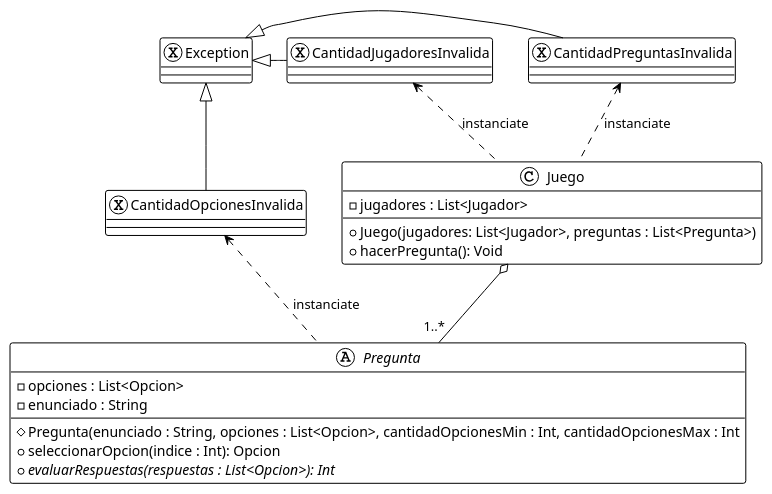
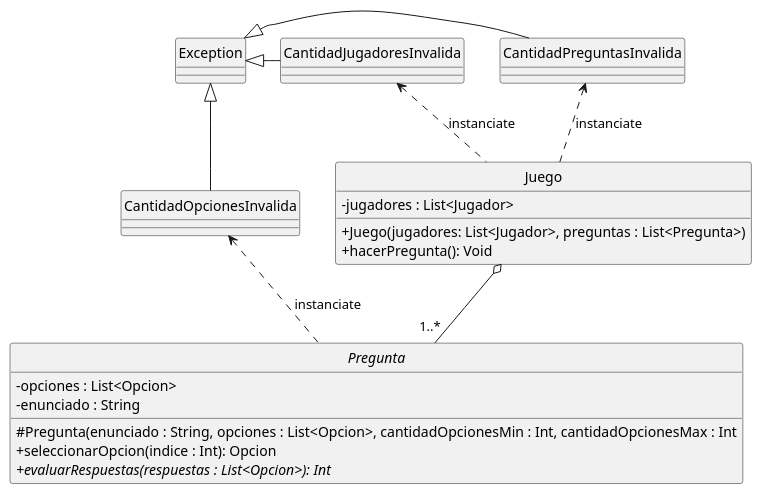
The diagram in diagrams/classes/clase_excepciones.plantuml (lautiland/TP2-ALGO3-ALGOHOOT), drawn with PlantUML before and after one commit. The commit also changed 14 other files, not shown here.

Commit message:
diagrams(class/sequence): diagramas actualizados

```diff
--- a/diagrams/classes/clase_excepciones.plantuml
+++ b/diagrams/classes/clase_excepciones.plantuml
@@ -1,33 +1,35 @@
 @startuml
 
-!theme plain
+hide circle
+skinparam classAttributeIconSize 0
+skinparam monochrome true
 
 class Juego {
     - jugadores : List<Jugador>
     + Juego(jugadores: List<Jugador>, preguntas : List<Pregunta>)
     + hacerPregunta(): Void
 }
 
 abstract Pregunta {
     - opciones : List<Opcion>
     - enunciado : String
     # Pregunta(enunciado : String, opciones : List<Opcion>, cantidadOpcionesMin : Int, cantidadOpcionesMax : Int
     + seleccionarOpcion(indice : Int): Opcion
     + {abstract} evaluarRespuestas(respuestas : List<Opcion>): Int
 }
 
 exception CantidadJugadoresInvalida
 exception CantidadOpcionesInvalida
 exception CantidadPreguntasInvalida
 exception Exception
 
 Juego o-down- "1..*" Pregunta
 Juego .up.> CantidadJugadoresInvalida : "instanciate"
 Juego .up.> CantidadPreguntasInvalida : "instanciate"
 Pregunta .up.> CantidadOpcionesInvalida : "instanciate"
 
 CantidadJugadoresInvalida -left-|> Exception
 CantidadOpcionesInvalida -up-|> Exception
 CantidadPreguntasInvalida -left-|> Exception
 
 @enduml
```
